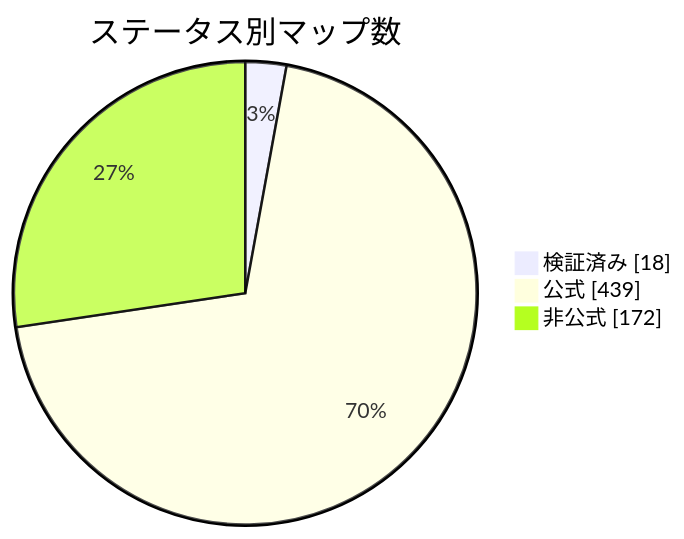
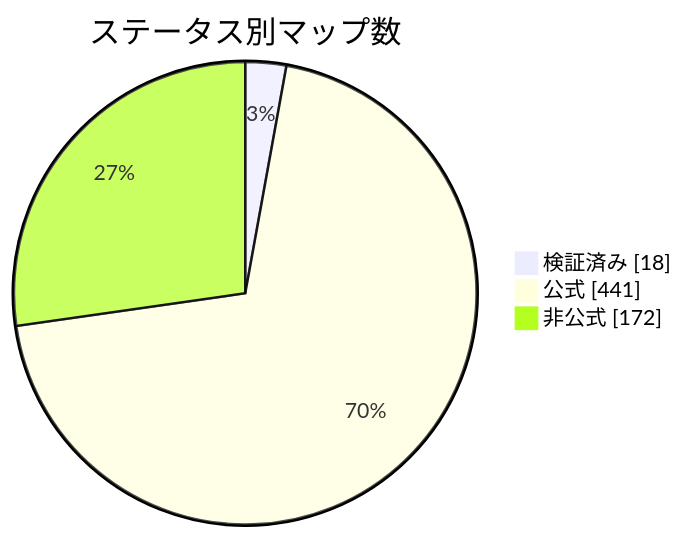
The diagram in docs/readme/README_JP.md (nobrega8/mbmap-library), drawn with Mermaid before and after one commit. The commit also changed 7 other files, not shown here.

````diff
--- a/docs/readme/README_JP.md
+++ b/docs/readme/README_JP.md
@@ -54,7 +54,7 @@
 ```mermaid
 pie showData
     title ステータス別マップ数
     "検証済み" : 18
-    "公式" : 439
+    "公式" : 441
     "非公式" : 172
 ```
````
